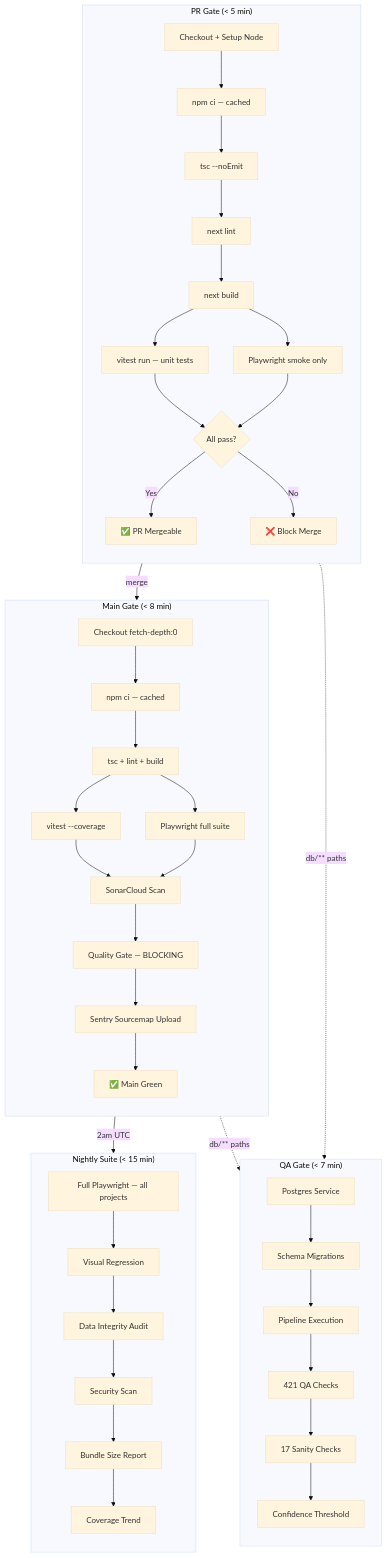
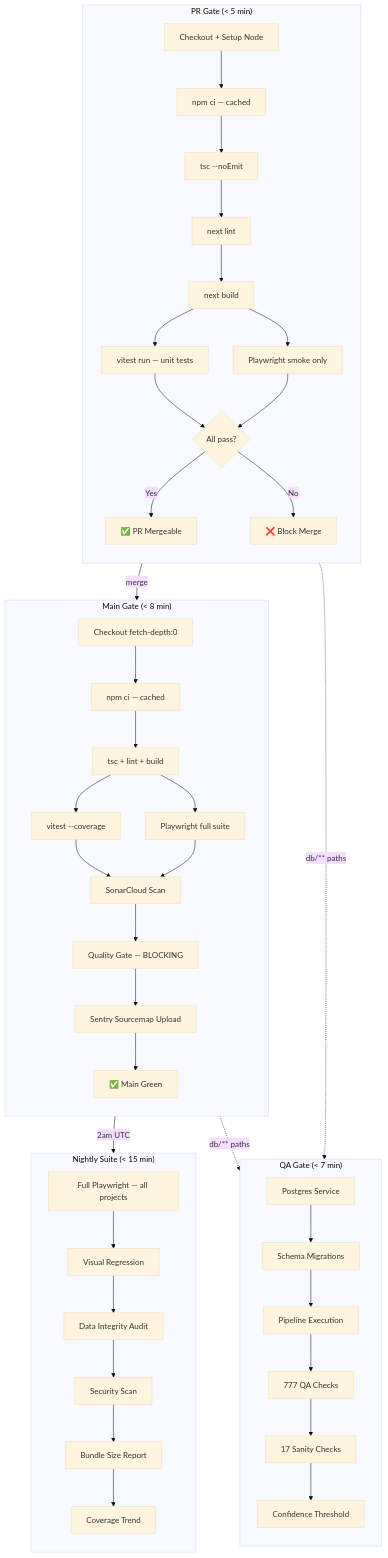
One commit to ericsocrat/tryvit changed the diagram in docs/CI_ARCHITECTURE_PROPOSAL.md. Above: the diagram before and after it, drawn with Mermaid (base theme). The commit also changed other lines of this file and 10 other files, not shown here.

````diff
--- a/docs/CI_ARCHITECTURE_PROPOSAL.md
+++ b/docs/CI_ARCHITECTURE_PROPOSAL.md
@@ -185,52 +185,52 @@
 ```mermaid
 flowchart TD
     subgraph PR["PR Gate (< 5 min)"]
         direction TB
         A1[Checkout + Setup Node] --> A2[npm ci — cached]
         A2 --> A3[tsc --noEmit]
         A3 --> A4[next lint]
         A4 --> A5[next build]
         A5 --> A6[vitest run — unit tests]
         A5 --> A7[Playwright smoke only]
         A6 --> A8{All pass?}
         A7 --> A8
         A8 -->|Yes| A9[✅ PR Mergeable]
         A8 -->|No| A10[❌ Block Merge]
     end
 
     subgraph MAIN["Main Gate (< 8 min)"]
         direction TB
         B1[Checkout fetch-depth:0] --> B2[npm ci — cached]
         B2 --> B3[tsc + lint + build]
         B3 --> B4[vitest --coverage]
         B3 --> B5[Playwright full suite]
         B4 --> B6[SonarCloud Scan]
         B5 --> B6
         B6 --> B7[Quality Gate — BLOCKING]
         B7 --> B8[Sentry Sourcemap Upload]
         B8 --> B9[✅ Main Green]
     end
 
     subgraph NIGHTLY["Nightly Suite (< 15 min)"]
         direction TB
         C1[Full Playwright — all projects] --> C2[Visual Regression]
         C2 --> C3[Data Integrity Audit]
         C3 --> C4[Security Scan]
         C4 --> C5[Bundle Size Report]
         C5 --> C6[Coverage Trend]
     end
 
     subgraph QA["QA Gate (< 7 min)"]
         direction TB
         D1[Postgres Service] --> D2[Schema Migrations]
         D2 --> D3[Pipeline Execution]
-        D3 --> D4[421 QA Checks]
+        D3 --> D4[777 QA Checks]
         D4 --> D5[17 Sanity Checks]
         D5 --> D6[Confidence Threshold]
     end
 
     PR -->|merge| MAIN
     MAIN -->|2am UTC| NIGHTLY
     PR -.->|db/** paths| QA
     MAIN -.->|db/** paths| QA
 ```
````
